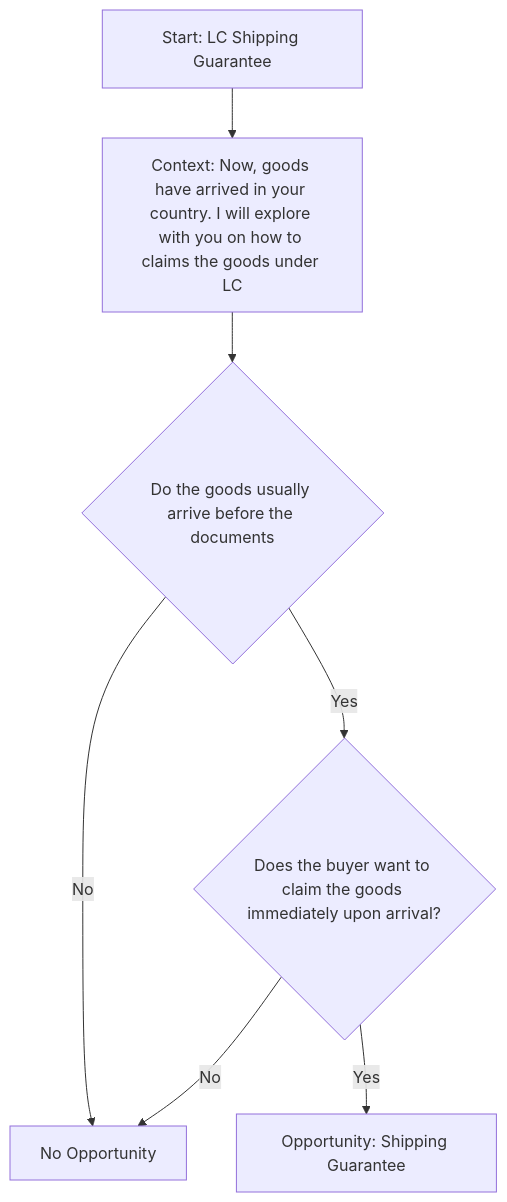
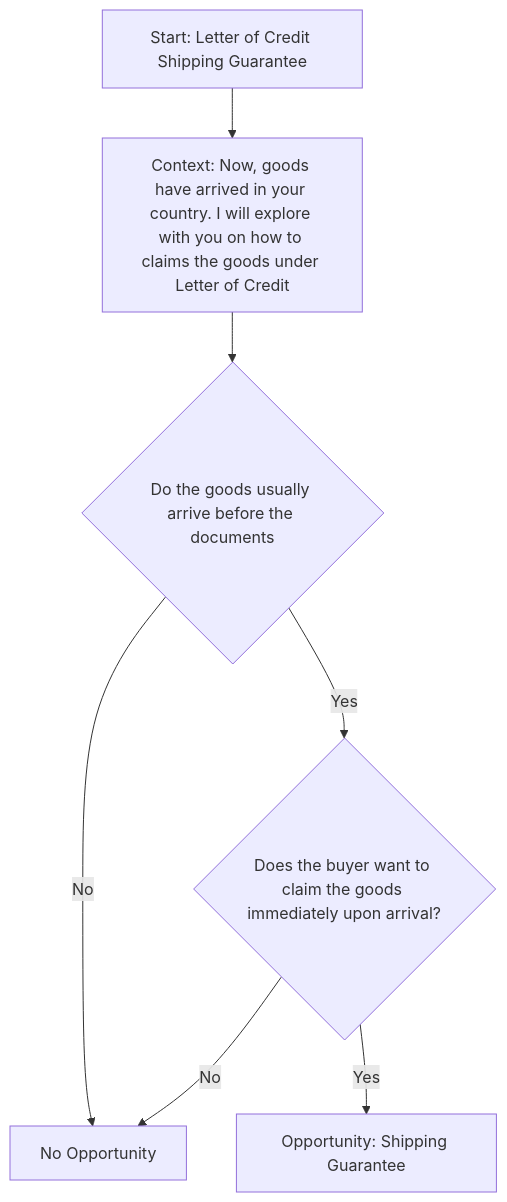
Before and after one commit to sage-develop/why: the diagram in tvc_decision_trees/lc_decision_trees/shipping_guarantee_tree.md, drawn with Mermaid. The commit also changed 2 other files, not shown here.

Commit message:
updates make it consistent

````diff
--- a/tvc_decision_trees/lc_decision_trees/shipping_guarantee_tree.md
+++ b/tvc_decision_trees/lc_decision_trees/shipping_guarantee_tree.md
@@ -14,10 +14,10 @@
 ```mermaid
-%% LC Shipping Guarantee
+%% Letter of Credit Shipping Guarantee
 flowchart TD
-    Start[Start: LC Shipping Guarantee] --> A[Context: Now, goods have arrived in your country. I will explore with you on how to claims the goods under LC]
+    Start[Start: Letter of Credit Shipping Guarantee] --> A[Context: Now, goods have arrived in your country. I will explore with you on how to claims the goods under Letter of Credit]
     A --> B{Do the goods usually arrive before the documents}
     B -->|No| C[No Opportunity]
     B -->|Yes| D{Does the buyer want to claim the goods immediately upon arrival?}
     D -->|No| C
     D -->|Yes| E[Opportunity: Shipping Guarantee]
 ```
````
